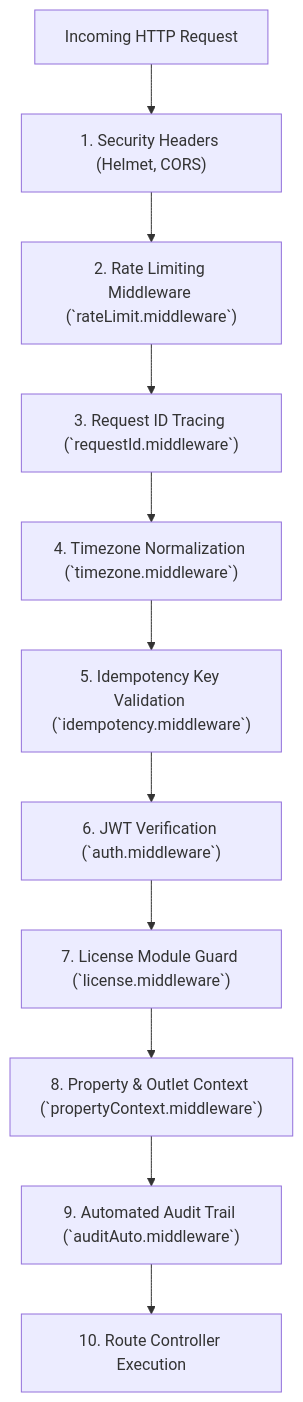
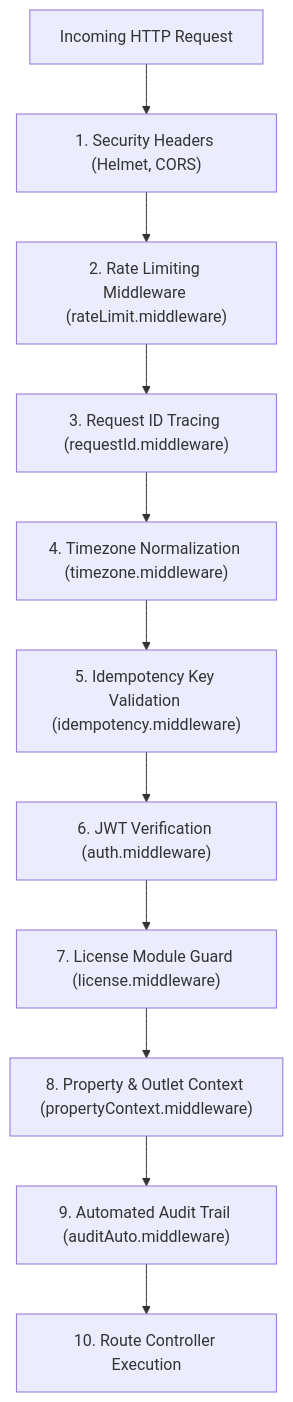
One commit to studentsdav/RetailSale changed the diagram in Docs/Backend-Guide.md. Above: the diagram before and after it, drawn with Mermaid. The commit also changed other lines of this file and 18 other files, not shown here.

````diff
--- a/Docs/Backend-Guide.md
+++ b/Docs/Backend-Guide.md
@@ -23,13 +23,13 @@
 ```mermaid
 flowchart TD
     Req["Incoming HTTP Request"] --> Security["1. Security Headers (Helmet, CORS)"]
-    Security --> RateLimit["2. Rate Limiting Middleware (`rateLimit.middleware`)"]
-    RateLimit --> ReqId["3. Request ID Tracing (`requestId.middleware`)"]
-    ReqId --> Timezone["4. Timezone Normalization (`timezone.middleware`)"]
-    Timezone --> Idempotency["5. Idempotency Key Validation (`idempotency.middleware`)"]
-    Idempotency --> Auth["6. JWT Verification (`auth.middleware`)"]
-    Auth --> License["7. License Module Guard (`license.middleware`)"]
-    License --> Context["8. Property & Outlet Context (`propertyContext.middleware`)"]
-    Context --> Audit["9. Automated Audit Trail (`auditAuto.middleware`)"]
+    Security --> RateLimit["2. Rate Limiting Middleware (rateLimit.middleware)"]
+    RateLimit --> ReqId["3. Request ID Tracing (requestId.middleware)"]
+    ReqId --> Timezone["4. Timezone Normalization (timezone.middleware)"]
+    Timezone --> Idempotency["5. Idempotency Key Validation (idempotency.middleware)"]
+    Idempotency --> Auth["6. JWT Verification (auth.middleware)"]
+    Auth --> License["7. License Module Guard (license.middleware)"]
+    License --> Context["8. Property & Outlet Context (propertyContext.middleware)"]
+    Context --> Audit["9. Automated Audit Trail (auditAuto.middleware)"]
     Audit --> Controller["10. Route Controller Execution"]
 ```
````
